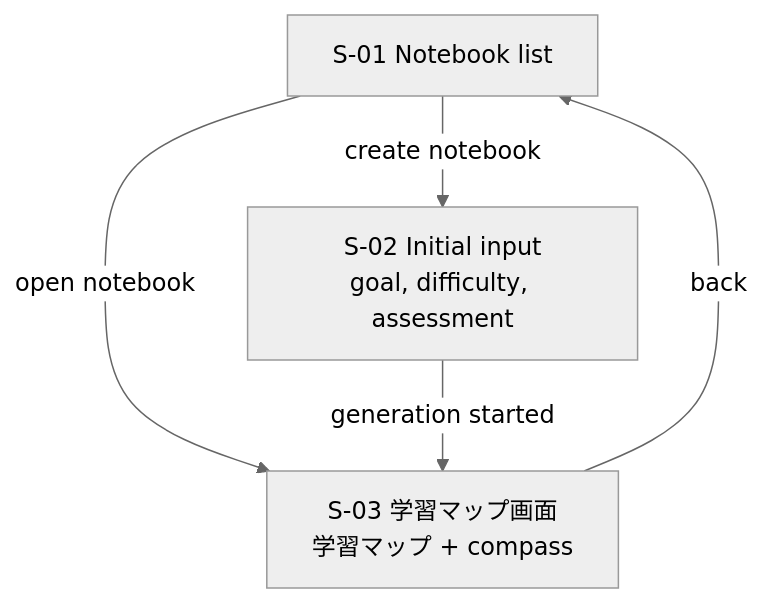
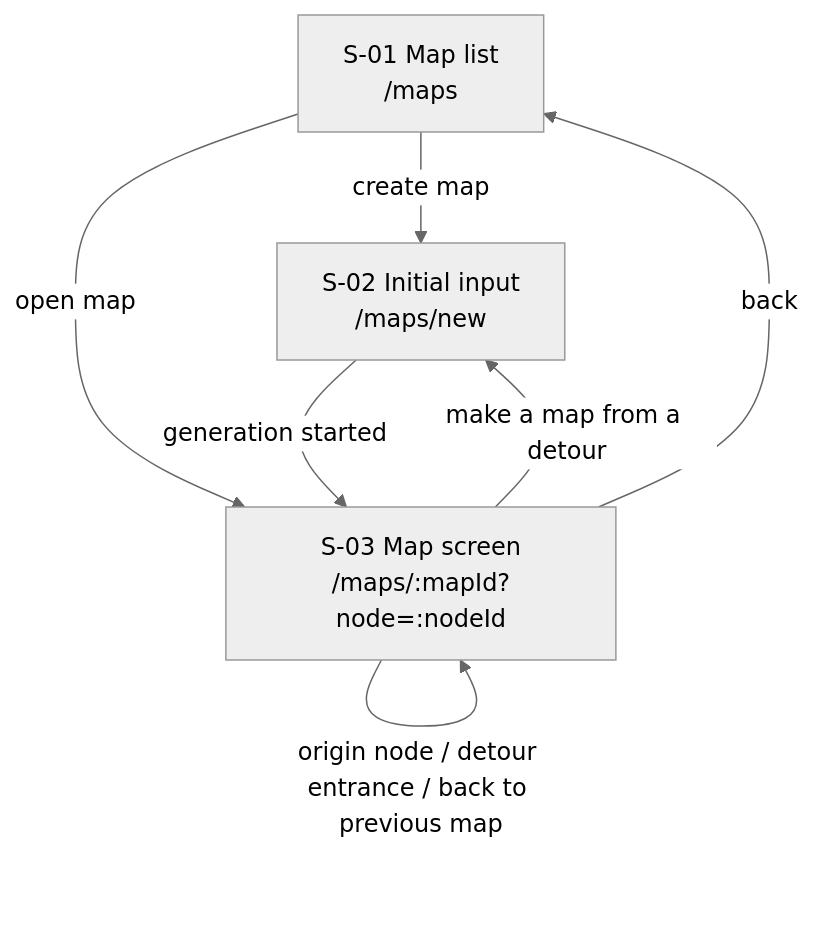
The second of 2 diagrams in .claude/rules/code/frontend.md (ryuma-1/Campass), drawn with Mermaid (neutral theme) before and after one commit. The commit also changed other lines of this file and 6 other files, not shown here.

````diff
--- a/.claude/rules/code/frontend.md
+++ b/.claude/rules/code/frontend.md
@@ -32,11 +34,13 @@
 ```mermaid
 graph TD
-    S01[S-01 Notebook list]
-    S02["S-02 Initial input<br/>goal, difficulty, assessment"]
-    S03["S-03 学習マップ画面<br/>学習マップ + compass"]
+    S01["S-01 Map list<br/>/maps"]
+    S02["S-02 Initial input<br/>/maps/new"]
+    S03["S-03 Map screen<br/>/maps/:mapId?node=:nodeId"]
 
-    S01 -->|create notebook| S02
-    S01 -->|open notebook| S03
+    S01 -->|create map| S02
+    S01 -->|open map| S03
     S02 -->|generation started| S03
+    S03 -->|make a map from a detour| S02
+    S03 -->|origin node / detour entrance / back to previous map| S03
     S03 -->|back| S01
 ```
````
